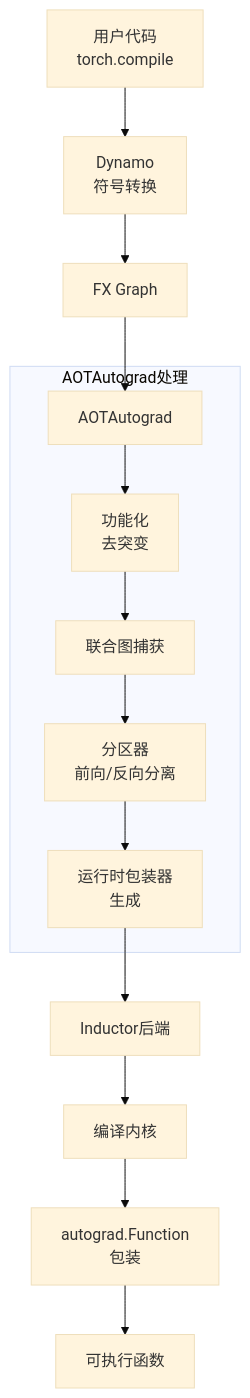
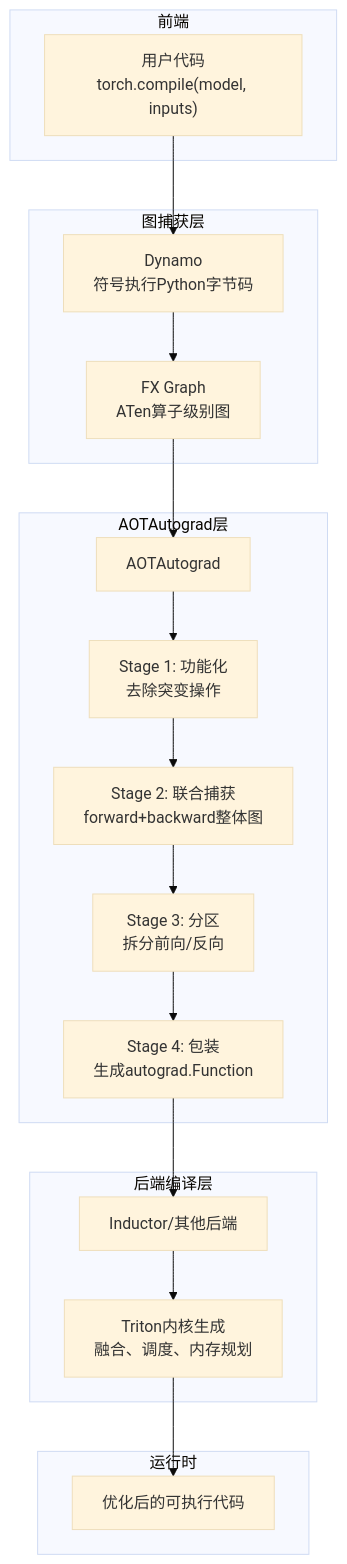
Before and after one commit to s0okiym/share: the first of 11 diagrams in torch/opencode_kimi_aot_autograd.md, drawn with Mermaid (base theme). The commit also changed other lines of this file and 9 other files, not shown here.

````diff
--- a/torch/opencode_kimi_aot_autograd.md
+++ b/torch/opencode_kimi_aot_autograd.md
@@ -40,20 +52,28 @@
 ```mermaid
 flowchart TD
-    A["用户代码<br/>torch.compile"] --> B["Dynamo<br/>符号转换"]
-    B --> C["FX Graph"]
-
-    C --> D["AOTAutograd"]
-
-    subgraph "AOTAutograd处理"
-        D --> E["功能化<br/>去突变"]
-        E --> F["联合图捕获"]
-        F --> G["分区器<br/>前向/反向分离"]
-        G --> H["运行时包装器<br/>生成"]
+    subgraph "前端"
+        A["用户代码<br/>torch.compile(model, inputs)"]
     end
 
-    H --> I["Inductor后端"]
-    I --> J["编译内核"]
+    subgraph "图捕获层"
+        A --> B["Dynamo<br/>符号执行Python字节码"]
+        B --> C["FX Graph<br/>ATen算子级别图"]
+    end
 
-    J --> K["autograd.Function<br/>包装"]
-    K --> L["可执行函数"]
+    subgraph "AOTAutograd层"
+        C --> D["AOTAutograd"]
+        D --> E["Stage 1: 功能化<br/>去除突变操作"]
+        E --> F["Stage 2: 联合捕获<br/>forward+backward整体图"]
+        F --> G["Stage 3: 分区<br/>拆分前向/反向"]
+        G --> H["Stage 4: 包装<br/>生成autograd.Function"]
+    end
+
+    subgraph "后端编译层"
+        H --> I["Inductor/其他后端"]
+        I --> J["Triton内核生成<br/>融合、调度、内存规划"]
+    end
+
+    subgraph "运行时"
+        J --> K["优化后的可执行代码"]
+    end
 ```
````
